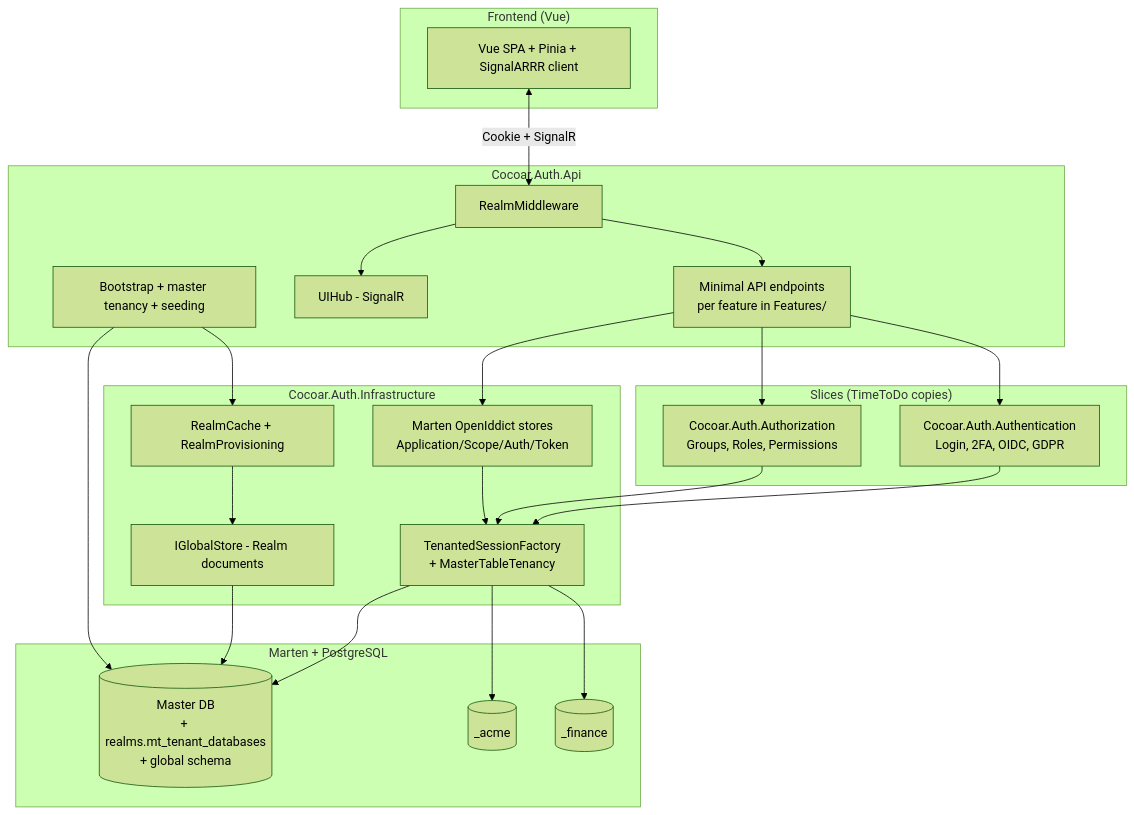
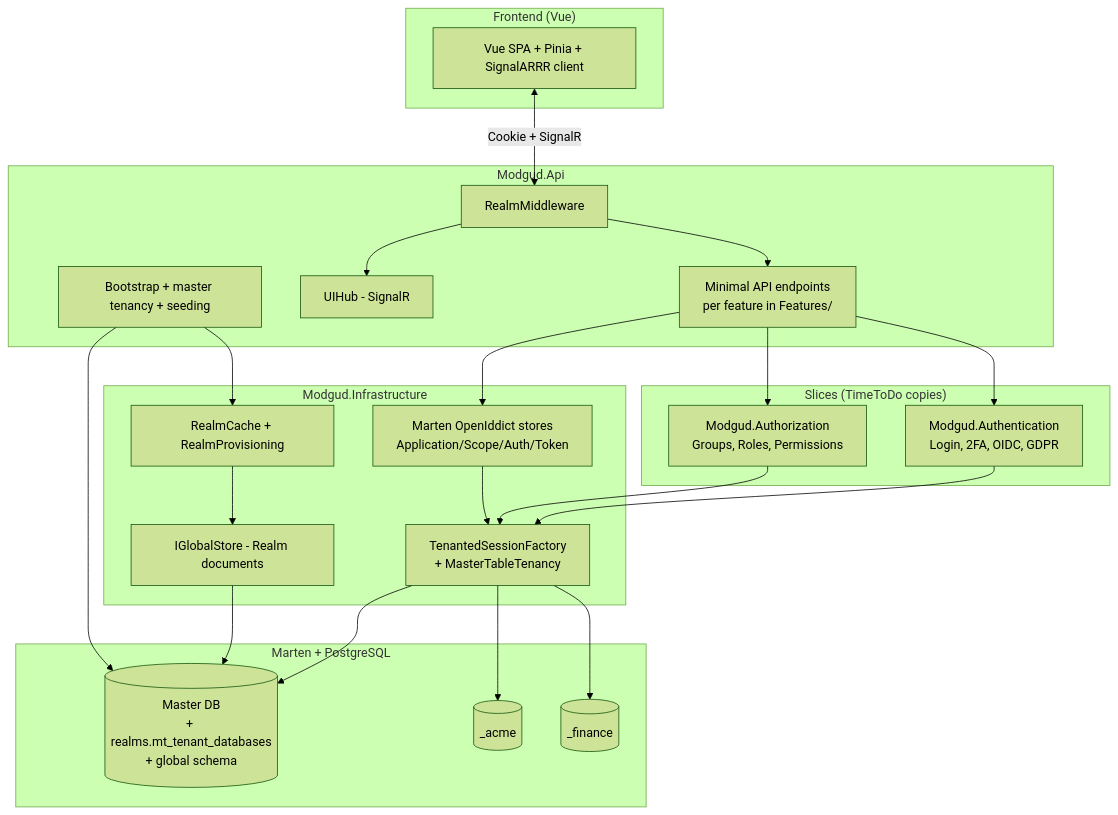
One commit to cocoar-dev/modgud changed the diagram in website/guide/architecture.md. Above: the diagram before and after it, drawn with Mermaid (forest theme). The commit also changed other lines of this file and 1170 other files, not shown here.

First line of the commit message:
chore: rename Cocoar.Auth -> Modgud across the entire codebase

````diff
--- a/website/guide/architecture.md
+++ b/website/guide/architecture.md
@@ -23,48 +23,48 @@
 ```mermaid
 graph TB
     subgraph FrontEnd ["Frontend (Vue)"]
         SPA["Vue SPA + Pinia + SignalARRR client"]
     end
 
-    subgraph Api ["Cocoar.Auth.Api"]
+    subgraph Api ["Modgud.Api"]
         MW[RealmMiddleware]
         Endpoints[Minimal API endpoints<br/>per feature in Features/]
         Hub[UIHub - SignalR]
         Setup[Bootstrap + master tenancy + seeding]
     end
 
     subgraph Slices ["Slices (TimeToDo copies)"]
-        Authn[Cocoar.Auth.Authentication<br/>Login, 2FA, OIDC, GDPR]
-        Authz[Cocoar.Auth.Authorization<br/>Groups, Roles, Permissions]
+        Authn[Modgud.Authentication<br/>Login, 2FA, OIDC, GDPR]
+        Authz[Modgud.Authorization<br/>Groups, Roles, Permissions]
     end
 
-    subgraph Infra ["Cocoar.Auth.Infrastructure"]
+    subgraph Infra ["Modgud.Infrastructure"]
         Tenancy[TenantedSessionFactory<br/>+ MasterTableTenancy]
         OpenIddictStores[Marten OpenIddict stores<br/>Application/Scope/Auth/Token]
         Realms[RealmCache + RealmProvisioning]
         IGlobalStore[IGlobalStore - Realm documents]
     end
 
     subgraph DataLayer ["Marten + PostgreSQL"]
         Master[(Master DB<br/>+ realms.mt_tenant_databases<br/>+ global schema)]
         TenantA[(<master-db>_acme)]
         TenantB[(<master-db>_finance)]
     end
 
     SPA <-->|Cookie + SignalR| MW
     MW --> Endpoints
     MW --> Hub
     Endpoints --> Authn
     Endpoints --> Authz
     Endpoints --> OpenIddictStores
     Authn --> Tenancy
     Authz --> Tenancy
     OpenIddictStores --> Tenancy
     Realms --> IGlobalStore
     Tenancy --> Master
     Tenancy --> TenantA
     Tenancy --> TenantB
     IGlobalStore --> Master
     Setup --> Master
     Setup --> Realms
 ```
````
